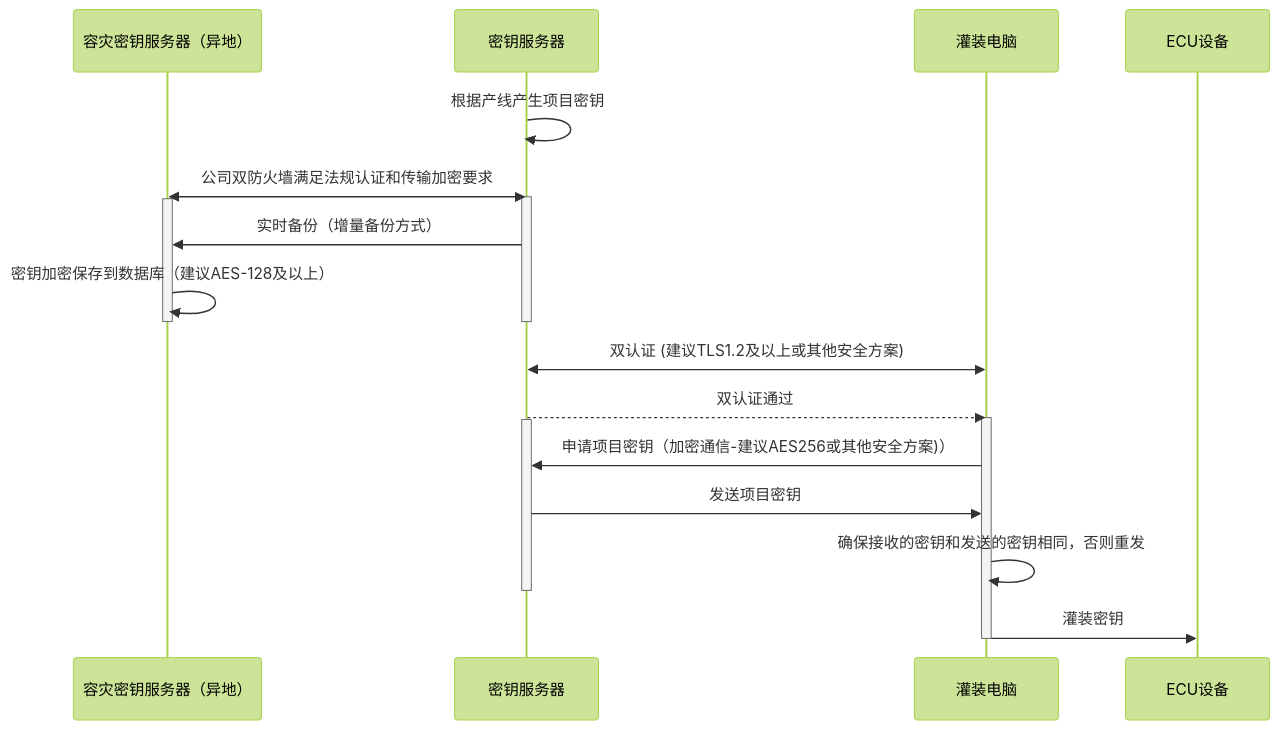
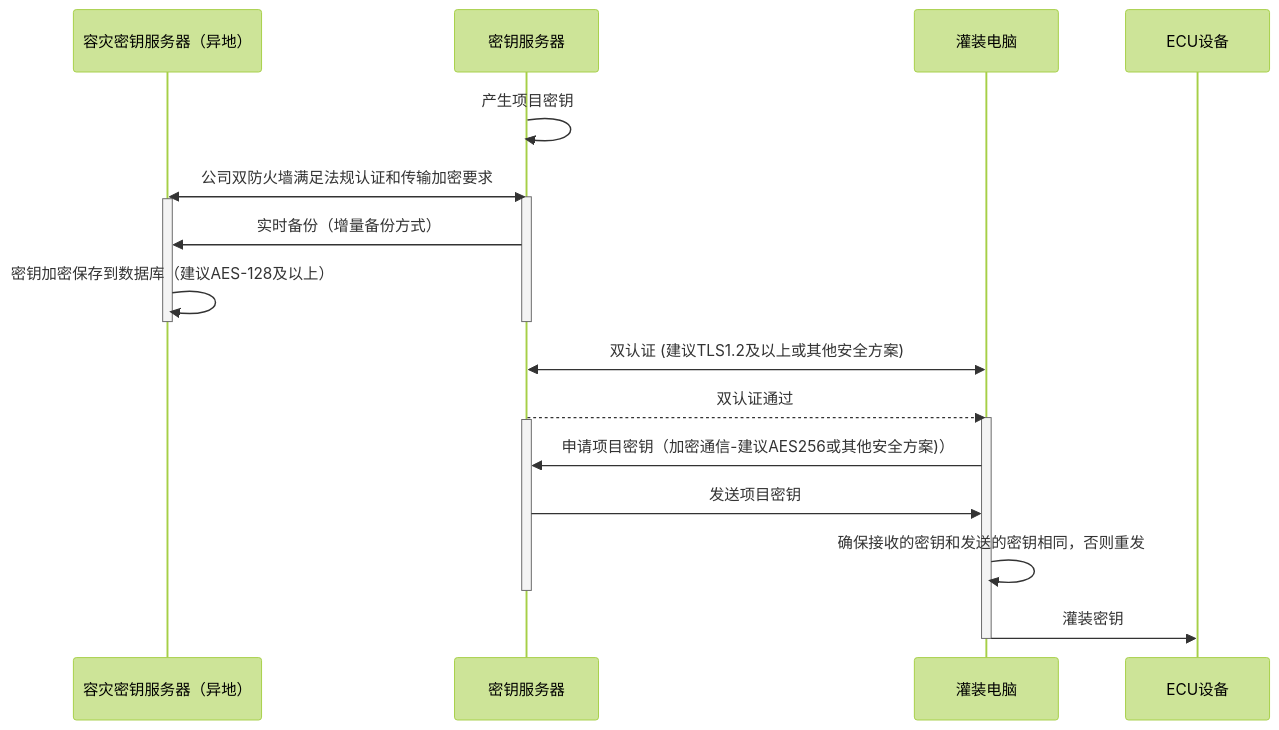
The diagram in all/未命名-15.md (facebook-cloud/iodraw-files), drawn with Mermaid (forest theme) before and after one commit.

Commit message:
2026-02-07 09:53:38 update

````diff
--- a/all/未命名-15.md
+++ b/all/未命名-15.md
@@ -1,29 +1,30 @@
 ```mermaid
 sequenceDiagram
     participant B as 容灾密钥服务器（异地）
     participant A as 密钥服务器
     participant C as 灌装电脑
     participant D as ECU设备
+    
 
-    A->>A: 根据产线产生项目密钥
+    A->>A: 产生项目密钥
     A<<->>B: 公司双防火墙满足法规认证和传输加密要求
     activate A
     activate B
     A->>B: 实时备份（增量备份方式）
     B->>B: 密钥加密保存到数据库（建议AES-128及以上）
     deactivate B
     deactivate A
 
     C<<->>A: 双认证 (建议TLS1.2及以上或其他安全方案)
     A-->>C: 双认证通过
     activate C
     activate A
     C->>A: 申请项目密钥（加密通信-建议AES256或其他安全方案)）
     A->>C: 发送项目密钥
 
     C->>C: 确保接收的密钥和发送的密钥相同，否则重发
     deactivate A
     C->>D: 灌装密钥
     deactivate C
 
 ```
````
